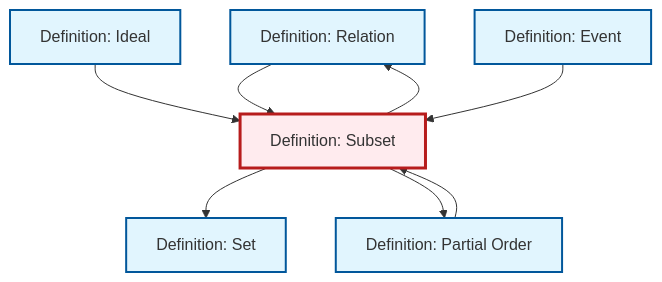
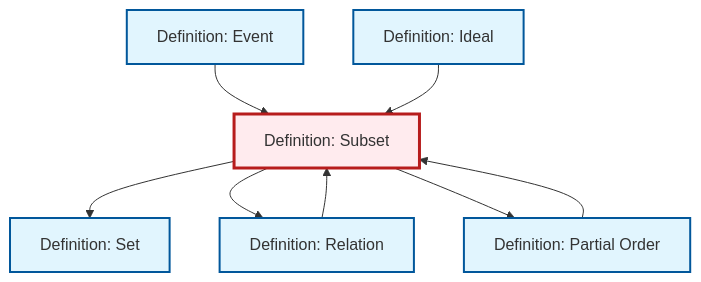
Before and after one commit to RK0429/ModernMath: the diagram in content/en/logic-set-theory/def-subset.qmd, drawn with Mermaid. The commit also changed other lines of this file and 634 other files, not shown here.

First line of the commit message:
feat: Add prime ideal definition with comprehensive cross-references

````diff
--- a/content/en/logic-set-theory/def-subset.qmd
+++ b/content/en/logic-set-theory/def-subset.qmd
@@ -51,28 +51,28 @@
 ```{mermaid}
 %%| fig-cap: "Local dependency graph"
 graph TD
     classDef definition fill:#e1f5fe,stroke:#01579b,stroke-width:2px
     classDef theorem fill:#f3e5f5,stroke:#4a148c,stroke-width:2px
     classDef axiom fill:#fff3e0,stroke:#e65100,stroke-width:2px
     classDef example fill:#e8f5e9,stroke:#1b5e20,stroke-width:2px
     classDef current fill:#ffebee,stroke:#b71c1c,stroke-width:3px
+    def-event["Definition: Event"]:::definition
+    def-subset["Definition: Subset"]:::definition
+    def-partial-order["Definition: Partial Order"]:::definition
     def-relation["Definition: Relation"]:::definition
     def-set["Definition: Set"]:::definition
-    def-partial-order["Definition: Partial Order"]:::definition
-    def-event["Definition: Event"]:::definition
     def-ideal["Definition: Ideal"]:::definition
-    def-subset["Definition: Subset"]:::definition
+    def-event --> def-subset
+    def-ideal --> def-subset
+    def-subset --> def-set
+    def-subset --> def-relation
+    def-subset --> def-partial-order
     def-relation --> def-subset
-    def-subset --> def-relation
-    def-subset --> def-set
     def-partial-order --> def-subset
-    def-subset --> def-partial-order
-    def-ideal --> def-subset
-    def-event --> def-subset
     class def-subset current
+    click def-event "def-event.html" "Go to Event definition"
+    click def-partial-order "def-partial-order.html" "Go to Partial Order definition"
     click def-relation "def-relation.html" "Go to Relation definition"
     click def-set "def-set.html" "Go to Set definition"
-    click def-partial-order "def-partial-order.html" "Go to Partial Order definition"
-    click def-event "def-event.html" "Go to Event definition"
     click def-ideal "def-ideal.html" "Go to Ideal definition"
 ```
````
